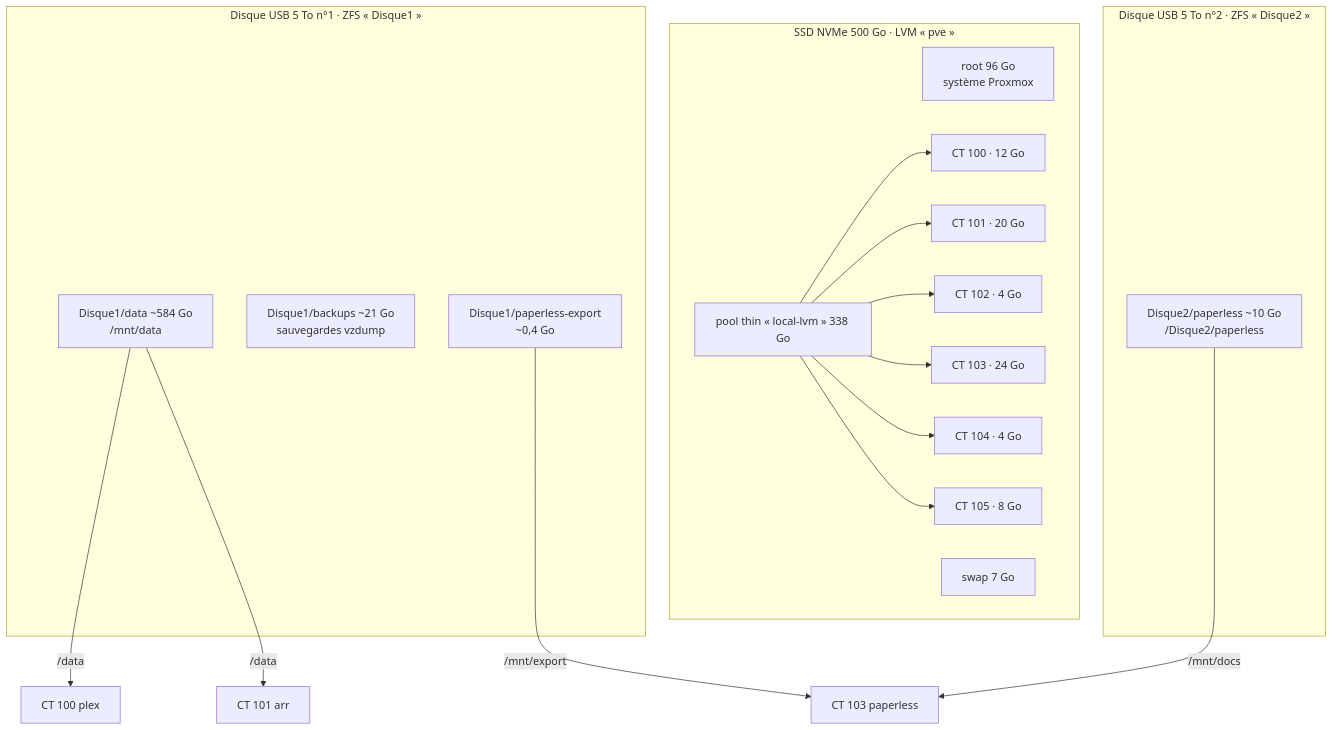
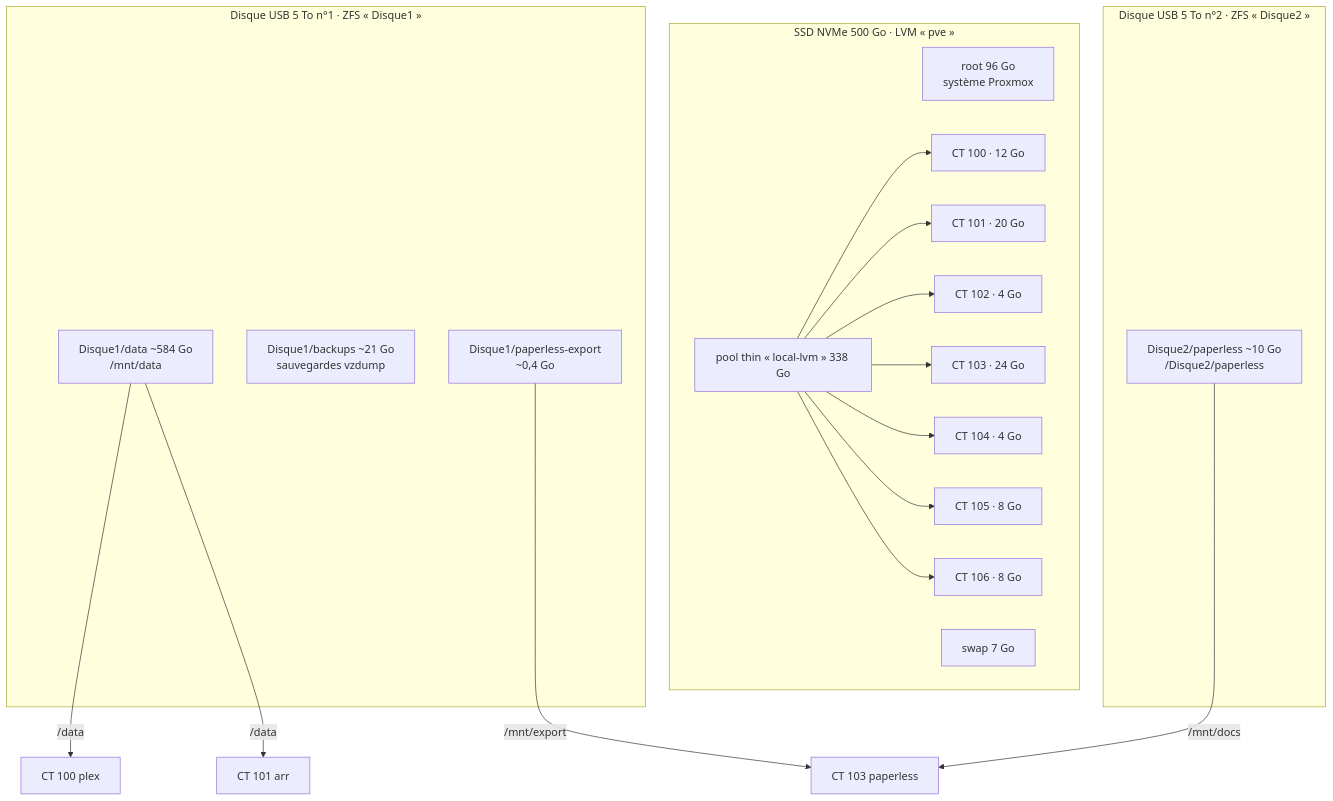
Before and after one commit to BksSidAhmed/infra-pve: the third of 4 diagrams in docs/schemas.md, drawn with Mermaid. The commit also changed other lines of this file and 11 other files, not shown here.

````diff
--- a/docs/schemas.md
+++ b/docs/schemas.md
@@ -79,26 +80,27 @@
 ```mermaid
 flowchart TB
     subgraph nvme["SSD NVMe 500 Go · LVM « pve »"]
         root["root 96 Go<br/>système Proxmox"]
         swap["swap 7 Go"]
         thin["pool thin « local-lvm » 338 Go"]
         thin --> d100["CT 100 · 12 Go"]
         thin --> d101["CT 101 · 20 Go"]
         thin --> d102["CT 102 · 4 Go"]
         thin --> d103["CT 103 · 24 Go"]
         thin --> d104["CT 104 · 4 Go"]
         thin --> d105["CT 105 · 8 Go"]
+        thin --> d106["CT 106 · 8 Go"]
     end
     subgraph usb1["Disque USB 5 To n°1 · ZFS « Disque1 »"]
         data["Disque1/data ~584 Go<br/>/mnt/data"]
         bk["Disque1/backups ~21 Go<br/>sauvegardes vzdump"]
         pexp["Disque1/paperless-export<br/>~0,4 Go"]
     end
     subgraph usb2["Disque USB 5 To n°2 · ZFS « Disque2 »"]
         pdocs["Disque2/paperless ~10 Go<br/>/Disque2/paperless"]
     end
     data -->|"/data"| c100["CT 100 plex"]
     data -->|"/data"| c101["CT 101 arr"]
     pdocs -->|"/mnt/docs"| c103["CT 103 paperless"]
     pexp -->|"/mnt/export"| c103
 ```
````
